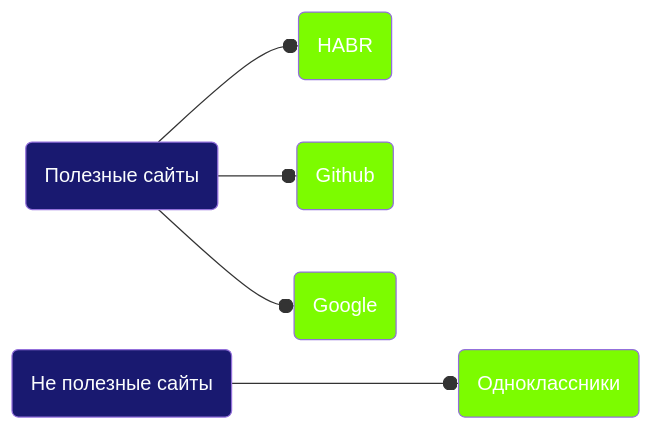
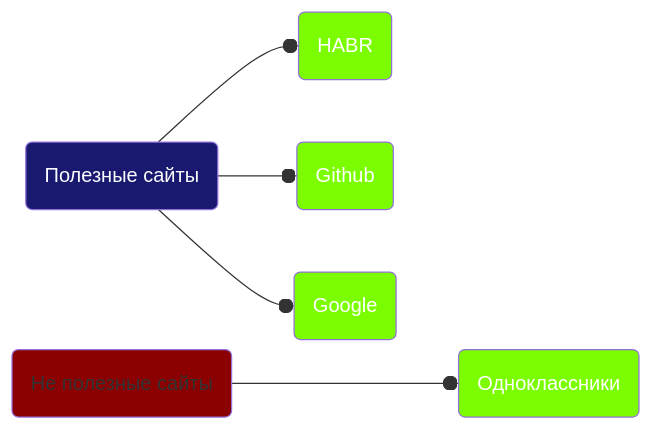
One commit to Kostrov2003/FirstSite changed the diagram in test.md. Above: the diagram before and after it, drawn with Mermaid.

````diff
--- a/test.md
+++ b/test.md
@@ -1,19 +1,20 @@
 ```mermaid 
 graph LR
 classDef class1 fill:#191970, color:#fbfdfe
 classDef class2 fill:#7CFC00,color:#FFFFFF
+classDef class3 fill:#8B0000, color:FFFFFF
 
 A(Полезные сайты<br>):::class1 --o B(HABR<br>):::class2
 click B "https://habr.com/ru/all/" _blank
 
 A --o C(Github<br>):::class2
 click C "https://github.com/" _blank
 
 A --o D(Google<br>):::class2
 click D "https://www.google.com/webhp?hl=ru&sa=X&ved=0ahUKEwisq9KR38n9AhUQposKHUIPAPgQPAgI" _blank
 
-E(Не полезные сайты<br>):::class1 ---o F(Одноклассники<br>):::class2
+E(Не полезные сайты<br>):::class3 ---o F(Одноклассники<br>):::class2
 click F "https://ok.ru/"
 
 
 ```
````
